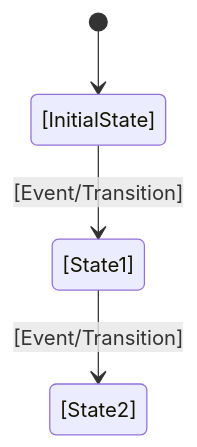
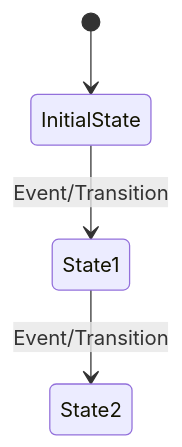
The diagram in skills/spec-usecase-engineering/SKILL.md (gintatkinson/digital-pipeline-repo), drawn with Mermaid before and after one commit. The commit also changed other lines of this file and 15 other files, not shown here.

````diff
--- a/skills/spec-usecase-engineering/SKILL.md
+++ b/skills/spec-usecase-engineering/SKILL.md
@@ -117,6 +117,6 @@
 ```mermaid
 stateDiagram-v2
-    [*] --> [InitialState]
-    [InitialState] --> [State1] : [Event/Transition]
-    [State1] --> [State2] : [Event/Transition]
+    [*] --> InitialState
+    InitialState --> State1 : Event/Transition
+    State1 --> State2 : Event/Transition
 ```
````
